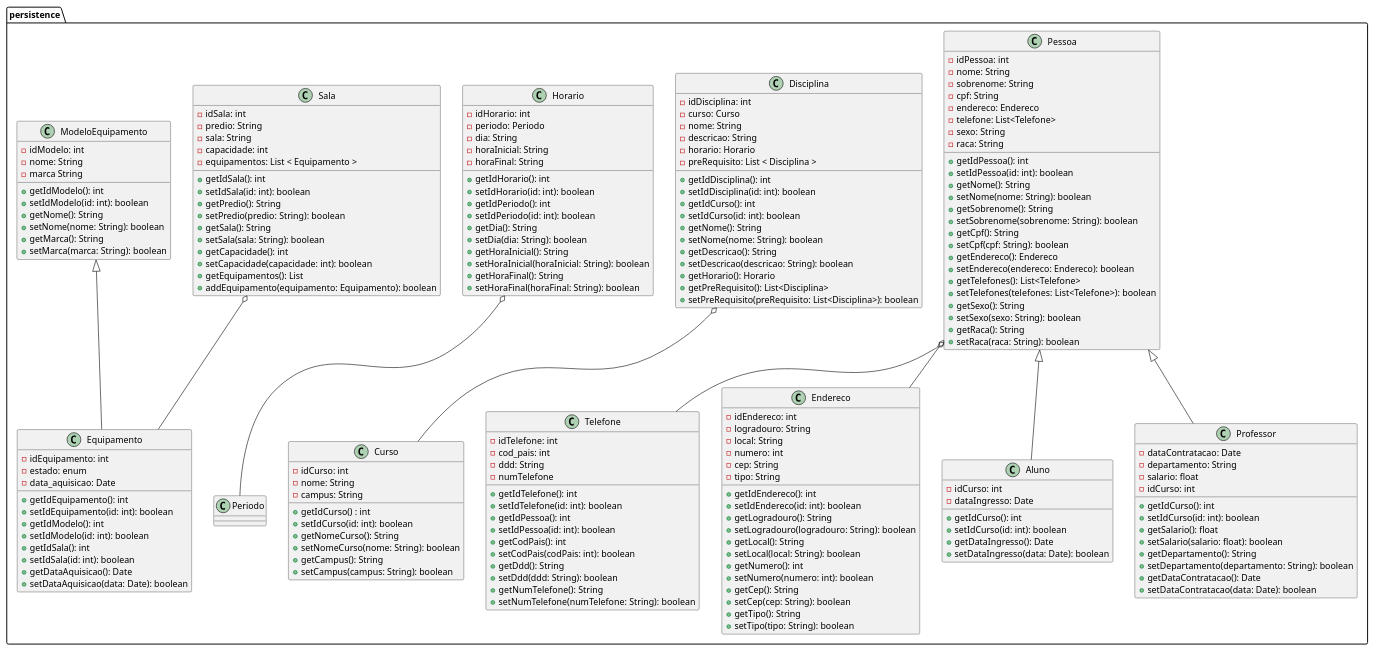
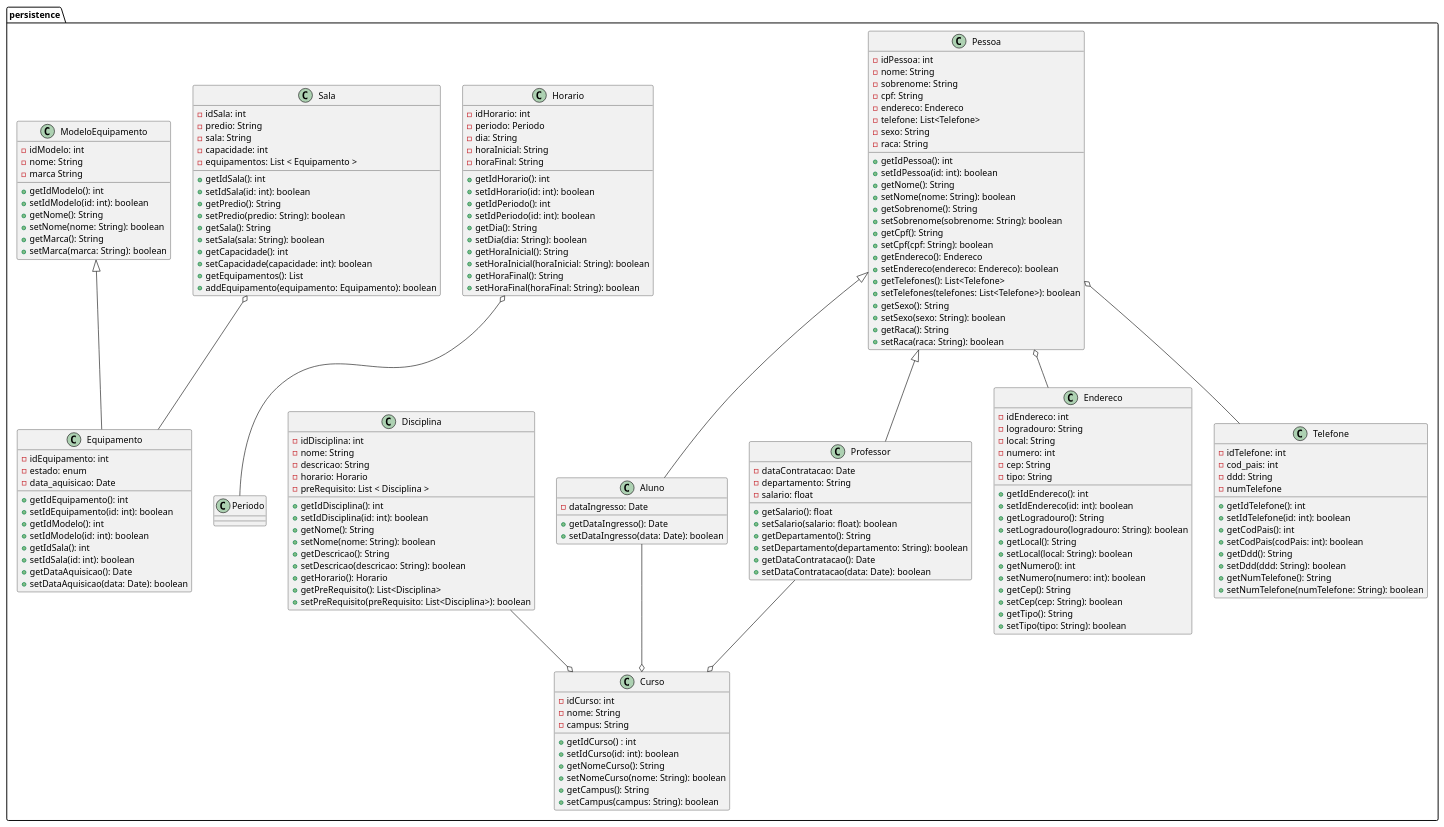
One commit to lknupp/sistema-de-gestao-academico changed the diagram in assets/diagrama-de-classe.puml. Above: the diagram before and after it, drawn with PlantUML.

Commit message:
improved something

```diff
--- a/assets/diagrama-de-classe.puml
+++ b/assets/diagrama-de-classe.puml
@@ -1,8 +1,6 @@
 @startuml trabalho_engenharia_persistence
 
 package "persistence" {
-    Pessoa o-- Telefone
-    Pessoa o-- Endereco
     class Pessoa {
         - idPessoa: int
         - nome: String
@@ -32,25 +30,21 @@
     }
 
     Pessoa <|-- Aluno
+    Aluno --o Curso
     class Aluno {
-        - idCurso: int
         - dataIngresso: Date
 
-        + getIdCurso(): int
-        + setIdCurso(id: int): boolean
         + getDataIngresso(): Date
         + setDataIngresso(data: Date): boolean
     }
 
     Pessoa <|-- Professor
+    Professor --o Curso
     class Professor {
         - dataContratacao: Date
         - departamento: String
         - salario: float
-        - idCurso: int
 
-        + getIdCurso(): int
-        + setIdCurso(id: int): boolean
         + getSalario(): float
         + setSalario(salario: float): boolean
         + getDepartamento(): String
@@ -59,6 +53,7 @@
         + setDataContratacao(data: Date): boolean
     }
 
+    Pessoa o-- Endereco
     class Endereco {
         - idEndereco: int
         - logradouro: String
@@ -81,6 +76,7 @@
         + setTipo(tipo: String): boolean
     }
 
+    Pessoa o-- Telefone
     class Telefone {
         - idTelefone: int
         - cod_pais: int
@@ -89,8 +85,6 @@
 
         + getIdTelefone(): int
         + setIdTelefone(id: int): boolean
-        + getIdPessoa(): int
-        + setIdPessoa(id: int): boolean
         + getCodPais(): int
         + setCodPais(codPais: int): boolean
         + getDdd(): String
@@ -112,10 +106,9 @@
 
     }
 
-    Disciplina o-- Curso
+    Disciplina --o Curso
     class Disciplina {
         - idDisciplina: int
-        - curso: Curso
         - nome: String
         - descricao: String
         - horario: Horario
@@ -123,8 +116,6 @@
 
         + getIdDisciplina(): int
         + setIdDisciplina(id: int): boolean
-        + getIdCurso(): int
-        + setIdCurso(id: int): boolean
         + getNome(): String
         + setNome(nome: String): boolean
         + getDescricao(): String
```
